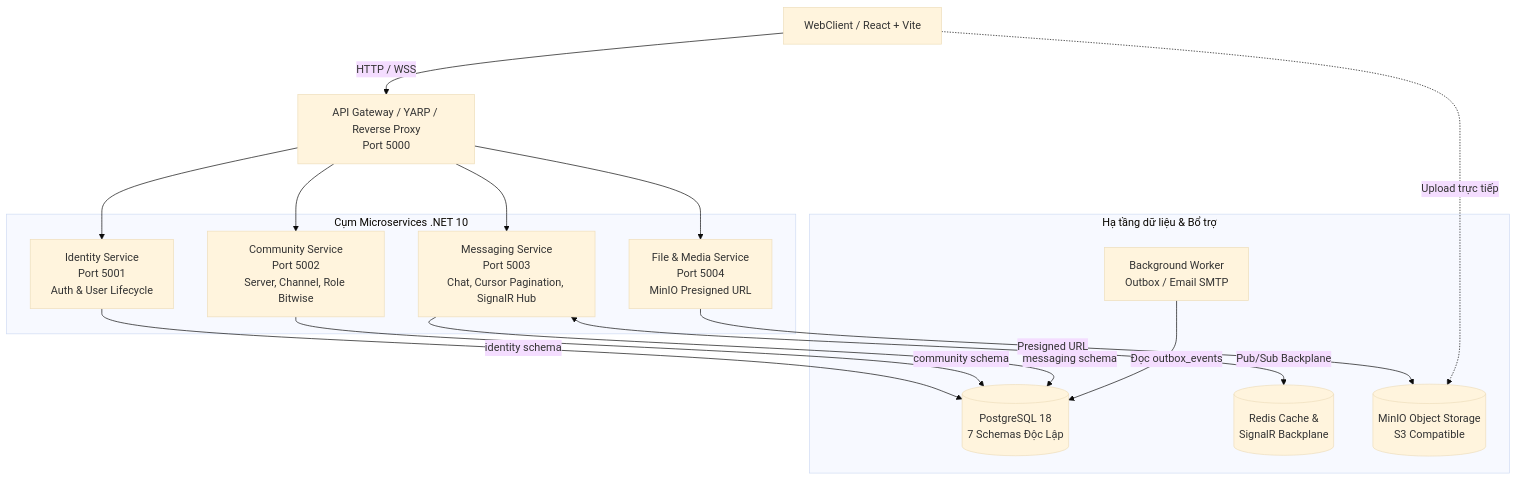
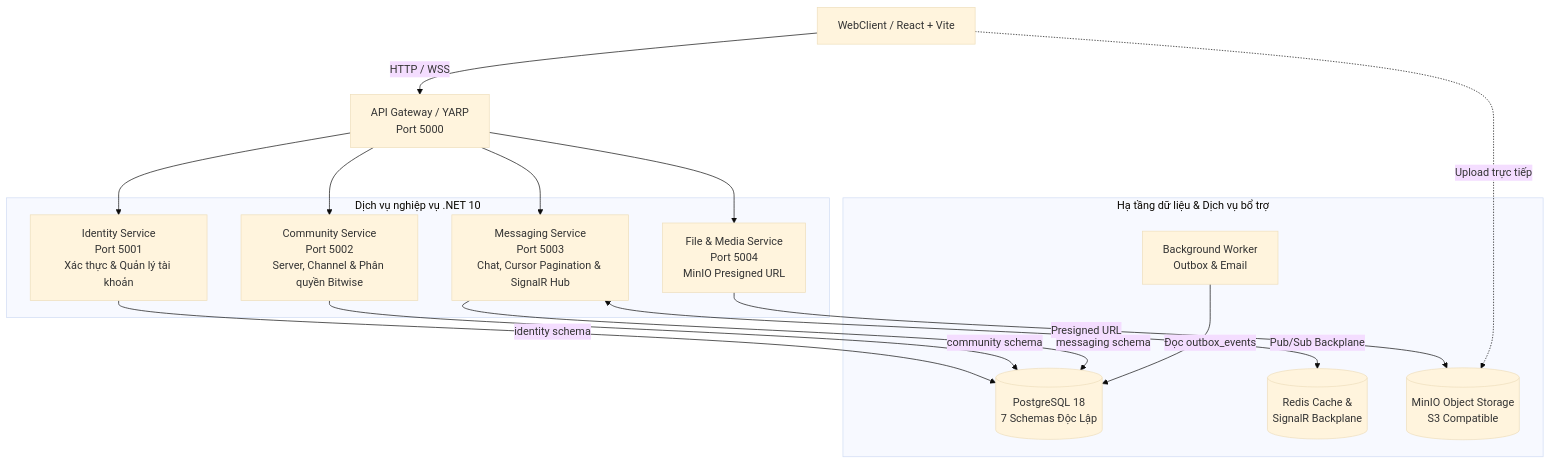
Before and after one commit to Chyeonma/scdc: the diagram in README.md, drawn with Mermaid (base theme). The commit also changed other lines of this file and 55 other files, not shown here.

````diff
--- a/README.md
+++ b/README.md
@@ -31,33 +34,33 @@
 ```mermaid
 flowchart TD
     Client[WebClient / React + Vite]
-    Gateway[API Gateway / YARP / Reverse Proxy\nPort 5000]
+    Gateway[API Gateway / YARP\nPort 5000]
 
-    subgraph CoreServices[Cụm Microservices .NET 10]
-        Identity[Identity Service\nPort 5001\nAuth & User Lifecycle]
-        Community[Community Service\nPort 5002\nServer, Channel, Role Bitwise]
-        Messaging[Messaging Service\nPort 5003\nChat, Cursor Pagination, SignalR Hub]
+    subgraph CoreServices[Dịch vụ nghiệp vụ .NET 10]
+        Identity[Identity Service\nPort 5001\nXác thực & Quản lý tài khoản]
+        Community[Community Service\nPort 5002\nServer, Channel & Phân quyền Bitwise]
+        Messaging[Messaging Service\nPort 5003\nChat, Cursor Pagination & SignalR Hub]
         FileService[File & Media Service\nPort 5004\nMinIO Presigned URL]
     end
 
-    subgraph Infrastructure[Hạ tầng dữ liệu & Bổ trợ]
+    subgraph Infrastructure[Hạ tầng dữ liệu & Dịch vụ bổ trợ]
         Postgres[(PostgreSQL 18\n7 Schemas Độc Lập)]
         Redis[(Redis Cache &\nSignalR Backplane)]
         MinIO[(MinIO Object Storage\nS3 Compatible)]
-        OutboxWorker[Background Worker\nOutbox / Email SMTP]
+        OutboxWorker[Background Worker\nOutbox & Email]
     end
 
     Client -->|HTTP / WSS| Gateway
     Gateway --> Identity
     Gateway --> Community
     Gateway --> Messaging
     Gateway --> FileService
 
     Identity -->|identity schema| Postgres
     Community -->|community schema| Postgres
     Messaging -->|messaging schema| Postgres
     Messaging <-->|Pub/Sub Backplane| Redis
     FileService -->|Presigned URL| MinIO
     Client -.->|Upload trực tiếp| MinIO
     OutboxWorker -->|Đọc outbox_events| Postgres
 ```
````
